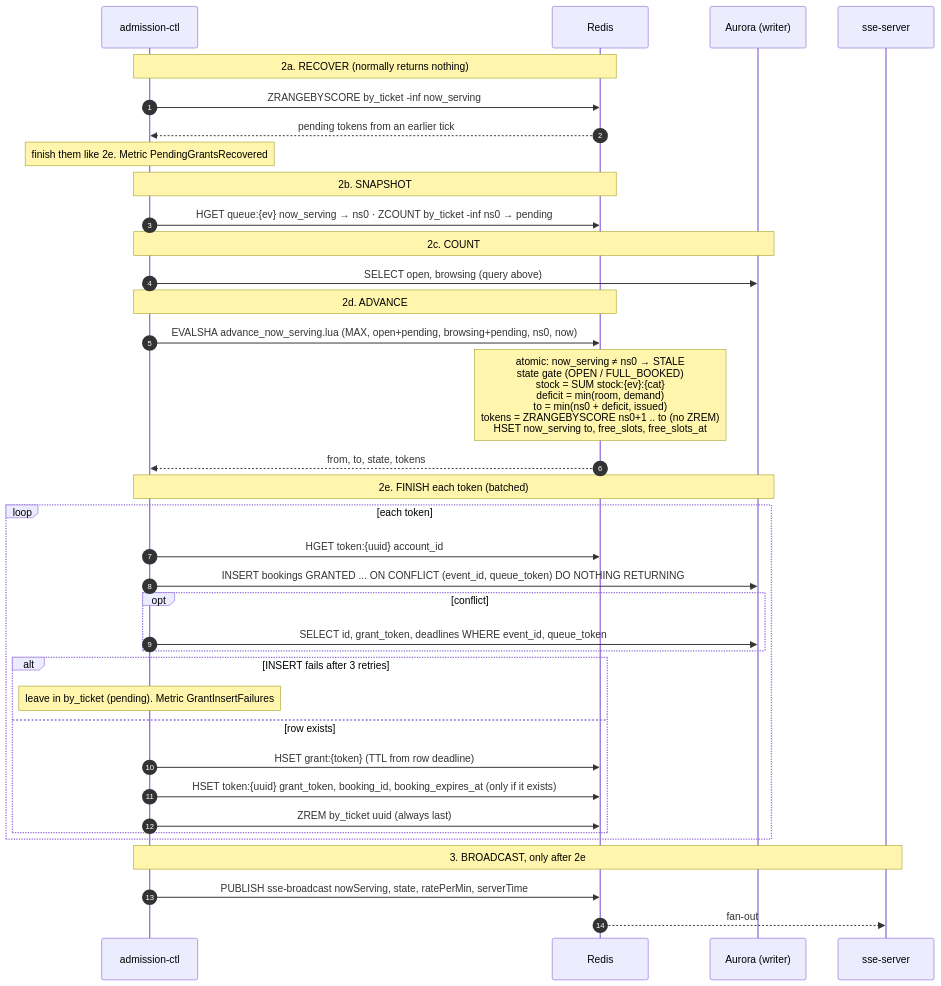
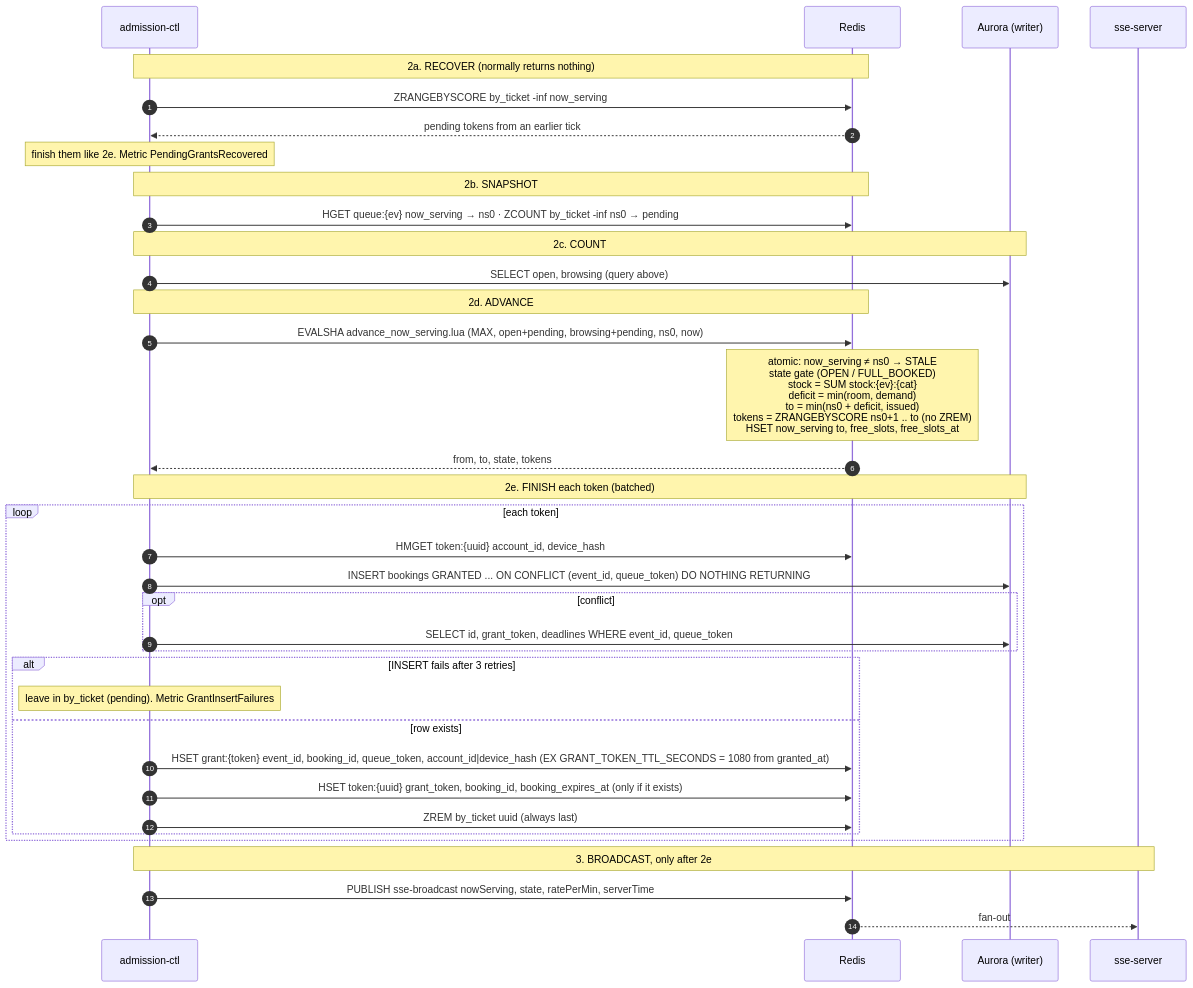
One commit to PTServerJanganTumbang-BookingTicket/be-rusuh-war-ticketing changed the third of 4 diagrams in docs/04-queue/05-admission-controller.md. Above: the diagram before and after it, drawn with Mermaid. The commit also changed other lines of this file and 45 other files, not shown here.

````diff
--- a/docs/04-queue/05-admission-controller.md
+++ b/docs/04-queue/05-admission-controller.md
@@ -154,44 +154,44 @@
 ```mermaid
 sequenceDiagram
     autonumber
     participant CTL as admission-ctl
     participant R as Redis
     participant DB as Aurora (writer)
     participant SSE as sse-server
 
     Note over CTL,R: 2a. RECOVER (normally returns nothing)
     CTL->>R: ZRANGEBYSCORE by_ticket -inf now_serving
     R-->>CTL: pending tokens from an earlier tick
     Note over CTL: finish them like 2e. Metric PendingGrantsRecovered
 
     Note over CTL,R: 2b. SNAPSHOT
     CTL->>R: HGET queue:{ev} now_serving → ns0 · ZCOUNT by_ticket -inf ns0 → pending
 
     Note over CTL,DB: 2c. COUNT
     CTL->>DB: SELECT open, browsing (query above)
 
     Note over CTL,R: 2d. ADVANCE
     CTL->>R: EVALSHA advance_now_serving.lua (MAX, open+pending, browsing+pending, ns0, now)
     Note over R: atomic: now_serving ≠ ns0 → STALE<br/>state gate (OPEN / FULL_BOOKED)<br/>stock = SUM stock:{ev}:{cat}<br/>deficit = min(room, demand)<br/>to = min(ns0 + deficit, issued)<br/>tokens = ZRANGEBYSCORE ns0+1 .. to (no ZREM)<br/>HSET now_serving to, free_slots, free_slots_at
     R-->>CTL: from, to, state, tokens
 
     Note over CTL,DB: 2e. FINISH each token (batched)
     loop each token
-        CTL->>R: HGET token:{uuid} account_id
+        CTL->>R: HMGET token:{uuid} account_id, device_hash
         CTL->>DB: INSERT bookings GRANTED ... ON CONFLICT (event_id, queue_token) DO NOTHING RETURNING
         opt conflict
             CTL->>DB: SELECT id, grant_token, deadlines WHERE event_id, queue_token
         end
         alt INSERT fails after 3 retries
             Note over CTL: leave in by_ticket (pending). Metric GrantInsertFailures
         else row exists
-            CTL->>R: HSET grant:{token} (TTL from row deadline)
+            CTL->>R: HSET grant:{token} event_id, booking_id, queue_token, account_id|device_hash (EX GRANT_TOKEN_TTL_SECONDS = 1080 from granted_at)
             CTL->>R: HSET token:{uuid} grant_token, booking_id, booking_expires_at (only if it exists)
             CTL->>R: ZREM by_ticket uuid (always last)
         end
     end
 
     Note over CTL,SSE: 3. BROADCAST, only after 2e
     CTL->>R: PUBLISH sse-broadcast nowServing, state, ratePerMin, serverTime
     R-->>SSE: fan-out
 ```
````
